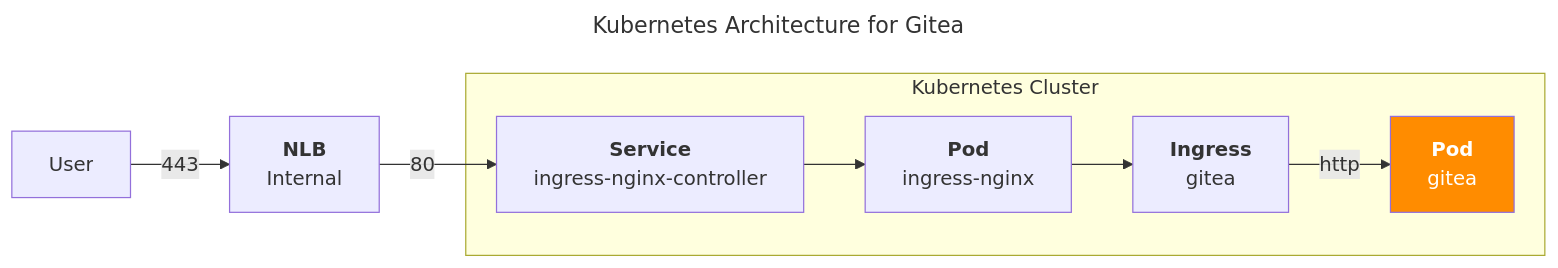
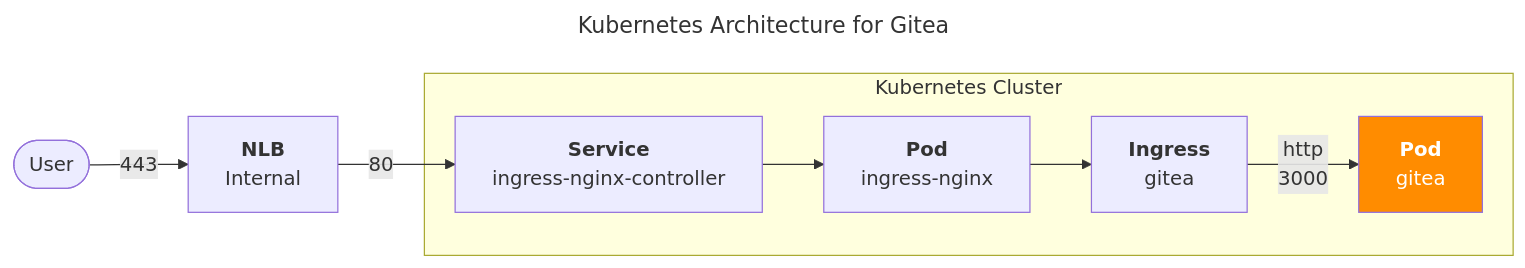
One commit to younsl/younsl.github.io changed the diagram in content/blog/gitea-context-canceled-ts/index.md. Above: the diagram before and after it, drawn with Mermaid. The commit also changed other lines of this file, not shown here.

Commit message:
chore: Update architecture

````diff
--- a/content/blog/gitea-context-canceled-ts/index.md
+++ b/content/blog/gitea-context-canceled-ts/index.md
@@ -14,23 +14,24 @@
 ```mermaid
 ---
 title: Kubernetes Architecture for Gitea
 ---
 flowchart LR
-  u["User"]
+  u(["User"])
   n["`**NLB**
   Internal`"]
   subgraph k8s["Kubernetes Cluster"]
     si["`**Service**
     ingress-nginx-controller`"]
     pi["`**Pod**
     ingress-nginx`"]
     ig["`**Ingress**
     gitea`"]
     pg["`**Pod**
     gitea`"]
   end
 
-  u --443--> n --80--> si --> pi --> ig --http--> pg
+  u --443--> n --80--> si --> pi --> ig --"`http
+  3000`"--> pg
 
   style pg fill:darkorange, color:white
 ```
````
